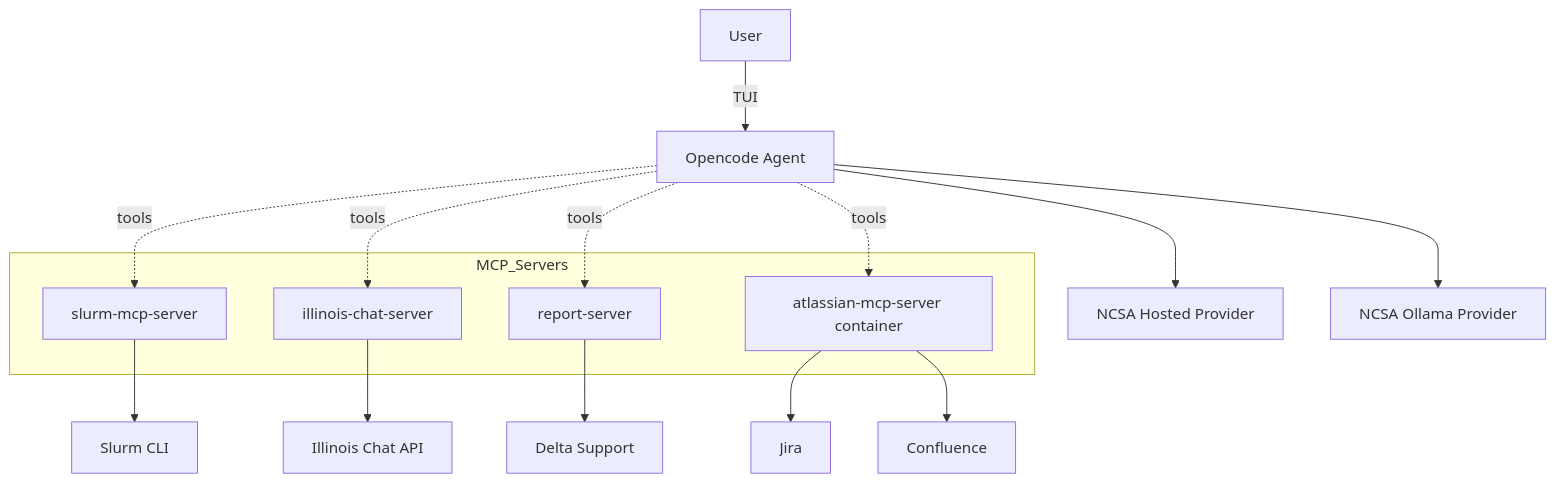
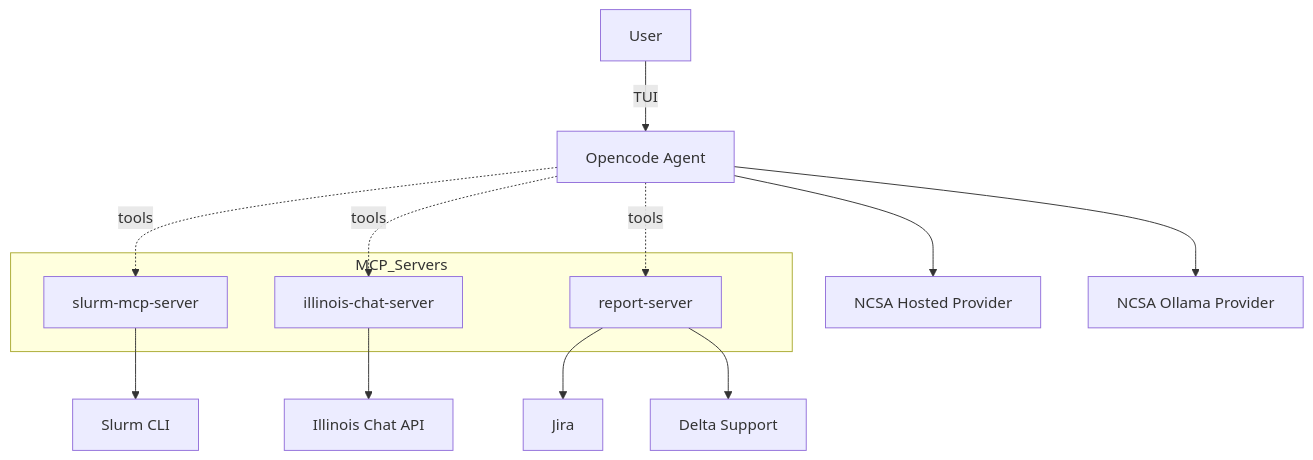
One commit to skye-glitch/hpcgpt-cli changed the diagram in NCSA/README.md. Above: the diagram before and after it, drawn with Mermaid. The commit also changed other lines of this file and 4 other files, not shown here.

Commit message:
Updated NCSA structure with information for the python mcp versions. Attlassian mcp was removed. Readme, opencode config, support prompt updated. eaxmple atlassian file removed.

````diff
--- a/NCSA/README.md
+++ b/NCSA/README.md
@@ -31,25 +30,22 @@
 ```mermaid
 graph TD
   U[User] -->|TUI| OC[Opencode Agent]
 
   OC --> P1[NCSA Hosted Provider]
   OC --> P2[NCSA Ollama Provider]
 
   subgraph MCP_Servers
     M1[slurm-mcp-server]
     M2[illinois-chat-server]
     M3[report-server]
-    M4[atlassian-mcp-server container]
   end
 
   OC -. tools .-> M1
   OC -. tools .-> M2
   OC -. tools .-> M3
-  OC -. tools .-> M4
 
   M1 --> SLURM[Slurm CLI]
   M2 --> ICHAT[Illinois Chat API]
-  M4 --> JIRA[Jira]
-  M4 --> CONF[Confluence]
+  M3 --> JIRA[Jira]
   M3 --> SUPPORT[Delta Support]
 ```
````
